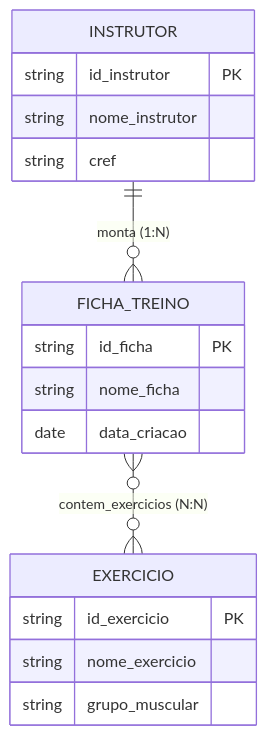
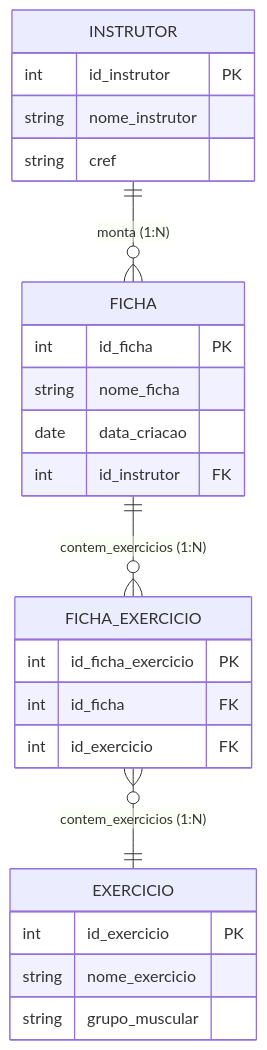
One commit to BrunoValcarenghi/Academia-ficha-de-treino-MongoDB changed the diagram in README.md. Above: the diagram before and after it, drawn with Mermaid.

Commit message:
ajustando modleo logico

````diff
--- a/README.md
+++ b/README.md
@@ -9,23 +9,31 @@
 ```mermaid
 erDiagram
-    INSTRUTOR ||--o{ FICHA_TREINO : "monta (1:N)"
-    FICHA_TREINO }o--o{ EXERCICIO : "contem_exercicios (N:N)"
+    INSTRUTOR ||--o{ FICHA : "monta (1:N)"
+    FICHA ||--o{ FICHA_EXERCICIO : "contem_exercicios (1:N)"
+	FICHA_EXERCICIO }o--|| EXERCICIO : "contem_exercicios (1:N)"
 
     INSTRUTOR {
-        string id_instrutor PK
+        int id_instrutor PK
         string nome_instrutor
         string cref
     }
 
-    FICHA_TREINO {
-        string id_ficha PK
+    FICHA {
+        int id_ficha PK
         string nome_ficha
         date data_criacao
+		int id_instrutor FK
+    }
+
+	FICHA_EXERCICIO {
+        int id_ficha_exercicio PK
+		int id_ficha FK
+		int id_exercicio FK
     }
 
     EXERCICIO {
-        string id_exercicio PK
+        int id_exercicio PK
         string nome_exercicio
         string grupo_muscular
     }
 ```
````
